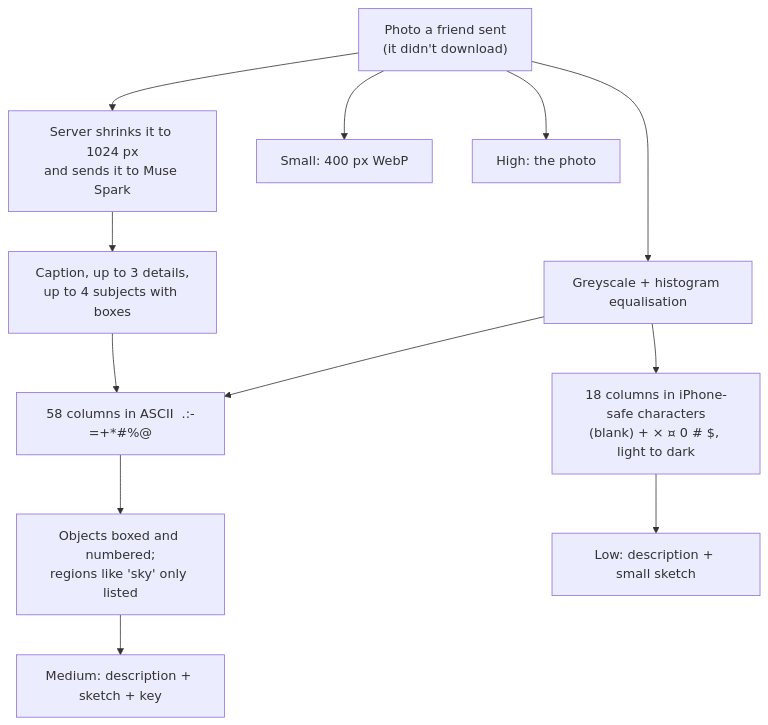
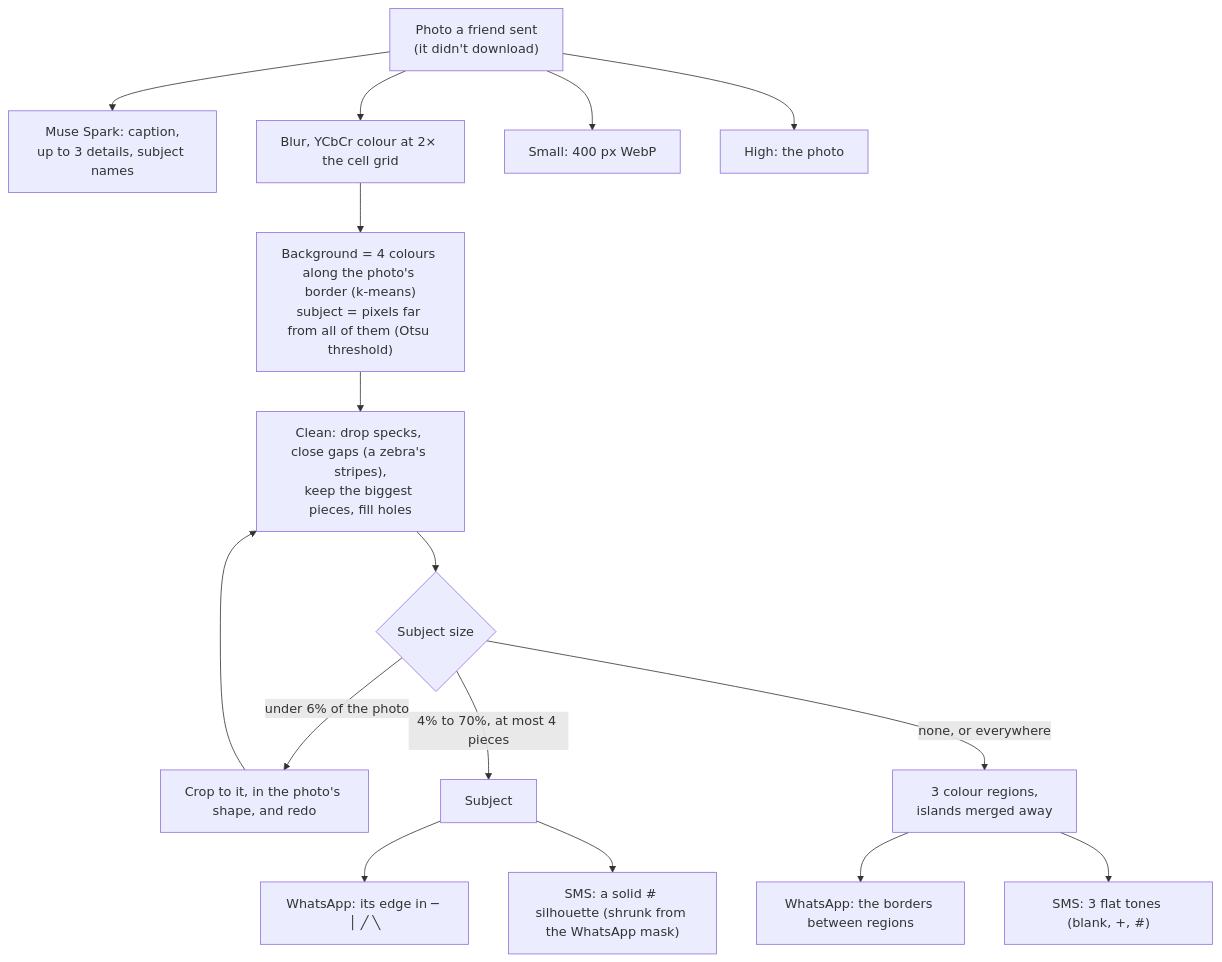
The fifth of 8 diagrams in README.md (JacobOuyang/MapsImagesText), drawn with Mermaid before and after one commit. The commit also changed other lines of this file and 17 other files, not shown here.

````diff
--- a/README.md
+++ b/README.md
@@ -479,14 +594,17 @@
 ```mermaid
 flowchart TD
-  A["Photo a friend sent<br/>(it didn't download)"] --> B["Server shrinks it to 1024 px<br/>and sends it to Muse Spark"]
-  B --> C["Caption, up to 3 details,<br/>up to 4 subjects with boxes"]
-  A --> D["Greyscale + histogram equalisation"]
-  D --> E1["18 columns in iPhone-safe characters<br/>(blank) + × ¤ 0 # $, light to dark"]
-  D --> E2["58 columns in ASCII  .:-=+*#%@"]
-  C --> E2
-  E2 --> F["Objects boxed and numbered;<br/>regions like 'sky' only listed"]
-  E1 --> L["Low: description + small sketch"]
-  F --> M["Medium: description + sketch + key"]
+  A["Photo a friend sent<br/>(it didn't download)"] --> B["Muse Spark: caption,<br/>up to 3 details, subject names"]
+  A --> C["Blur, YCbCr colour at 2× the cell grid"]
+  C --> D["Background = 4 colours along the photo's border (k-means)<br/>subject = pixels far from all of them (Otsu threshold)"]
+  D --> E["Clean: drop specks, close gaps (a zebra's stripes),<br/>keep the biggest pieces, fill holes"]
+  E --> Z{"Subject size"}
+  Z -- "under 6% of the photo" --> ZC["Crop to it, in the photo's shape, and redo"] --> E
+  Z -- "4% to 70%, at most 4 pieces" --> O["Subject"]
+  Z -- "none, or everywhere" --> LR["3 colour regions,<br/>islands merged away"]
+  O --> M1["WhatsApp: its edge in ─ │ ╱ ╲"]
+  O --> S1["SMS: a solid # silhouette (shrunk from the WhatsApp mask)"]
+  LR --> M2["WhatsApp: the borders between regions"]
+  LR --> S2["SMS: 3 flat tones (blank, +, #)"]
   A --> SM["Small: 400 px WebP"]
   A --> H["High: the photo"]
 ```
````
